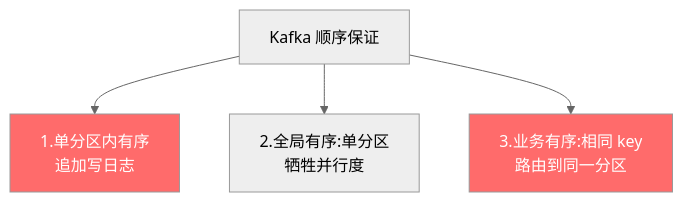
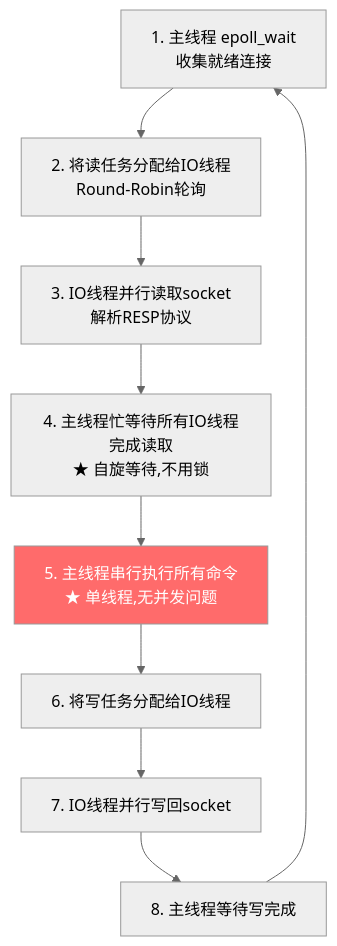
Diagram 20 of 47 in document/strengthen/分布式技术面试总结_增强版.md (qigao0787-ops/gq-test), drawn with Mermaid (neutral theme) before and after one commit. The commit also changed other lines of this file, not shown here.

````diff
--- a/document/strengthen/分布式技术面试总结_增强版.md
+++ b/document/strengthen/分布式技术面试总结_增强版.md
@@ -751,9 +1337,13 @@
 ```mermaid
 flowchart TD
-    A[Kafka 顺序保证] --> B[1.单分区内有序<br/>追加写日志]
-    A --> C[2.全局有序:单分区<br/>牺牲并行度]
-    A --> D[3.业务有序:相同 key<br/>路由到同一分区]
+    A[1. 主线程 epoll_wait<br/>收集就绪连接] --> B[2. 将读任务分配给IO线程<br/>Round-Robin轮询]
+    B --> C[3. IO线程并行读取socket<br/>解析RESP协议]
+    C --> D[4. 主线程忙等待所有IO线程完成读取<br/>★ 自旋等待,不用锁]
+    D --> E[5. 主线程串行执行所有命令<br/>★ 单线程,无并发问题]
+    E --> F[6. 将写任务分配给IO线程]
+    F --> G[7. IO线程并行写回socket]
+    G --> H[8. 主线程等待写完成]
+    H --> A
 
-    style B fill:#ff6b6b,color:#fff
-    style D fill:#ff6b6b,color:#fff
+    style E fill:#ff6b6b,color:#fff
 ```
````
